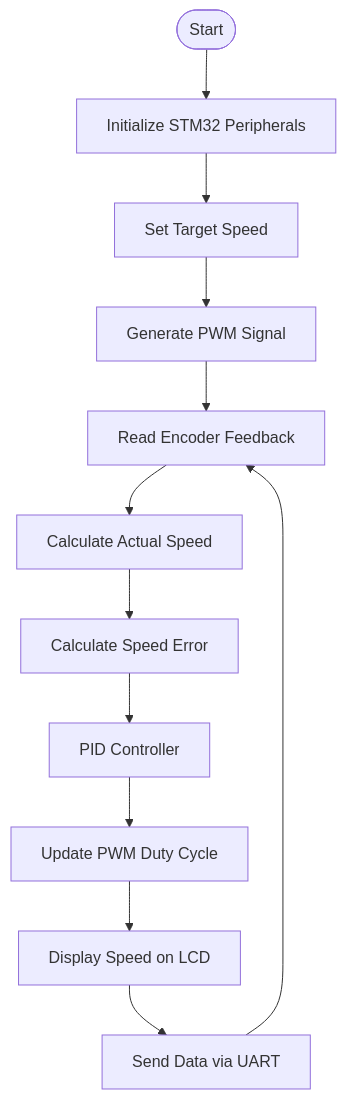
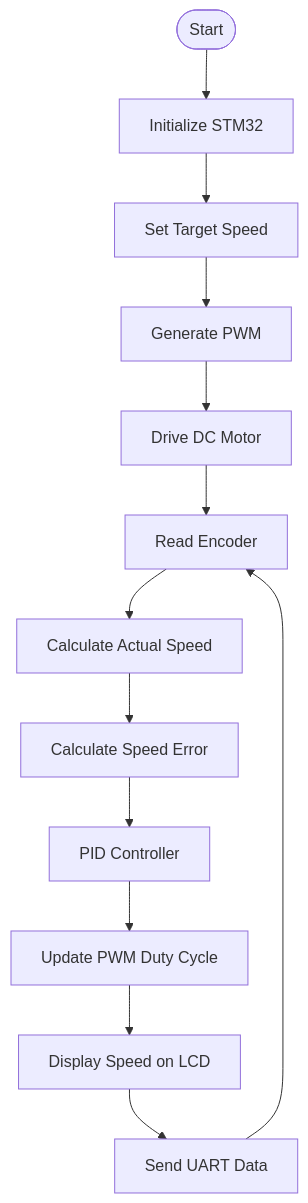
The diagram in README.md (huycorn1003/DC-Motor-Speed-Control-STM32), drawn with Mermaid before and after one commit. The commit also changed other lines of this file, not shown here.

````diff
--- a/README.md
+++ b/README.md
@@ -74,14 +78,15 @@
 ```mermaid
 flowchart TD
-    A([Start]) --> B[Initialize STM32 Peripherals]
+    A([Start]) --> B[Initialize STM32]
     B --> C[Set Target Speed]
-    C --> D[Generate PWM Signal]
-    D --> E[Read Encoder Feedback]
-    E --> F[Calculate Actual Speed]
-    F --> G[Calculate Speed Error]
-    G --> H[PID Controller]
-    H --> I[Update PWM Duty Cycle]
-    I --> J[Display Speed on LCD]
-    J --> K[Send Data via UART]
-    K --> E
+    C --> D[Generate PWM]
+    D --> E[Drive DC Motor]
+    E --> F[Read Encoder]
+    F --> G[Calculate Actual Speed]
+    G --> H[Calculate Speed Error]
+    H --> I[PID Controller]
+    I --> J[Update PWM Duty Cycle]
+    J --> K[Display Speed on LCD]
+    K --> L[Send UART Data]
+    L --> F
 ```
````
